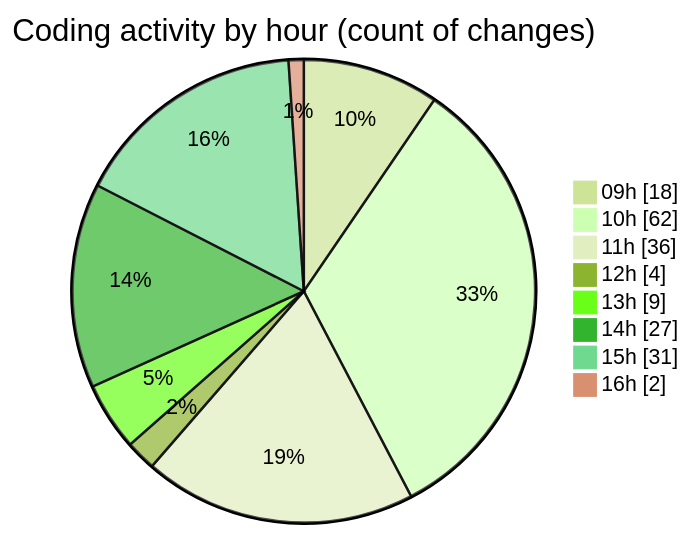
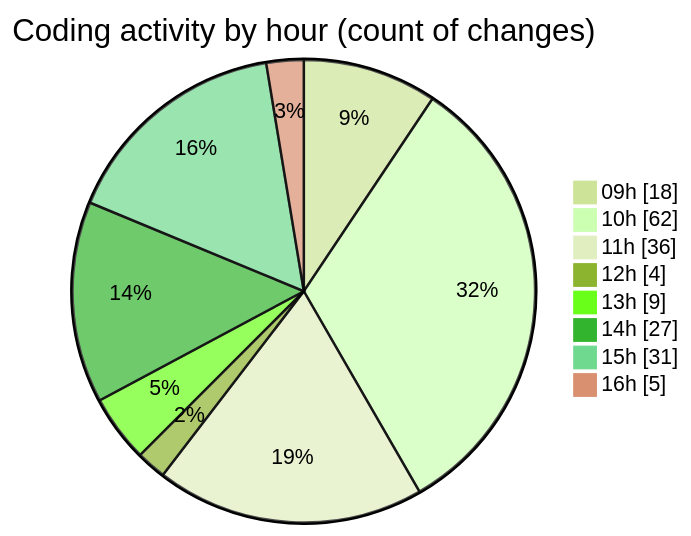
Before and after one commit to momahboobian/code-tracking: the second of 2 diagrams in 2025-07-01/cda/README.md, drawn with Mermaid (forest theme). The commit also changed other lines of this file and 1 other file, not shown here.

````diff
--- a/2025-07-01/cda/README.md
+++ b/2025-07-01/cda/README.md
@@ -53,12 +53,12 @@
 ```mermaid
 pie showData
 title Coding activity by hour (count of changes)
 "09h" : 18
 "10h" : 62
 "11h" : 36
 "12h" : 4
 "13h" : 9
 "14h" : 27
 "15h" : 31
-"16h" : 2
+"16h" : 5
 ```
````
